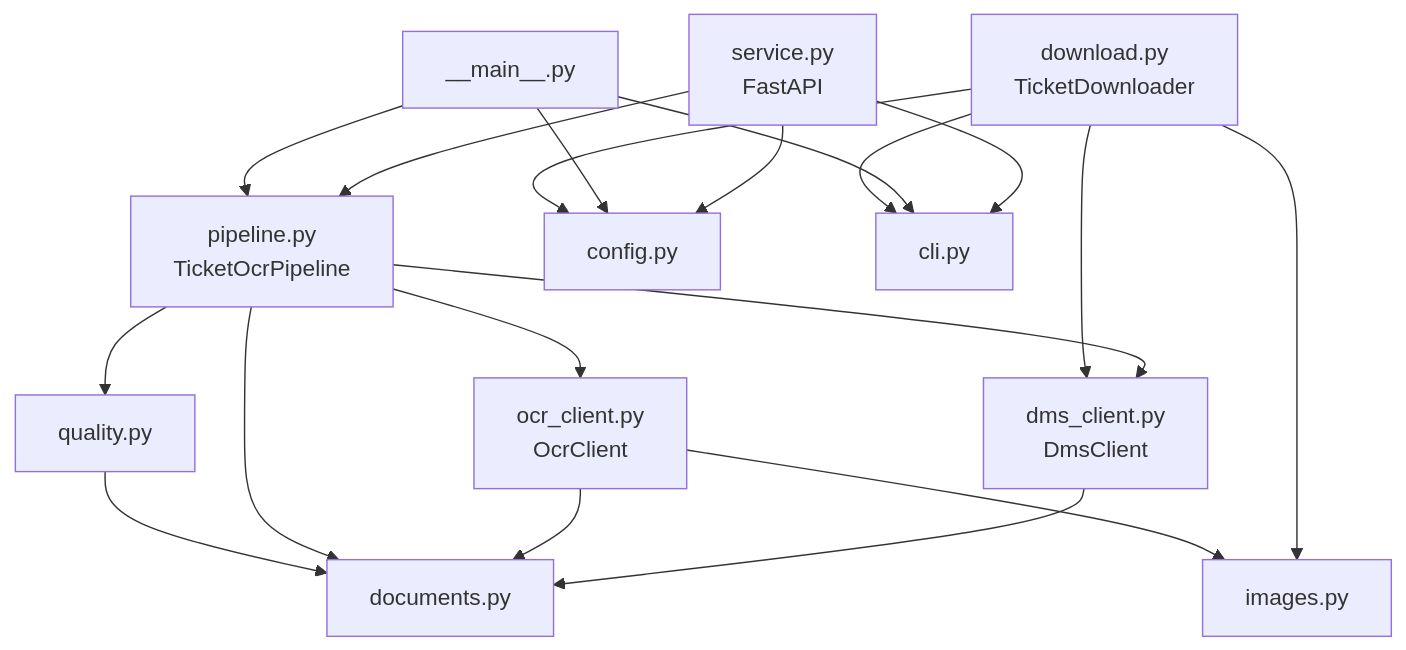
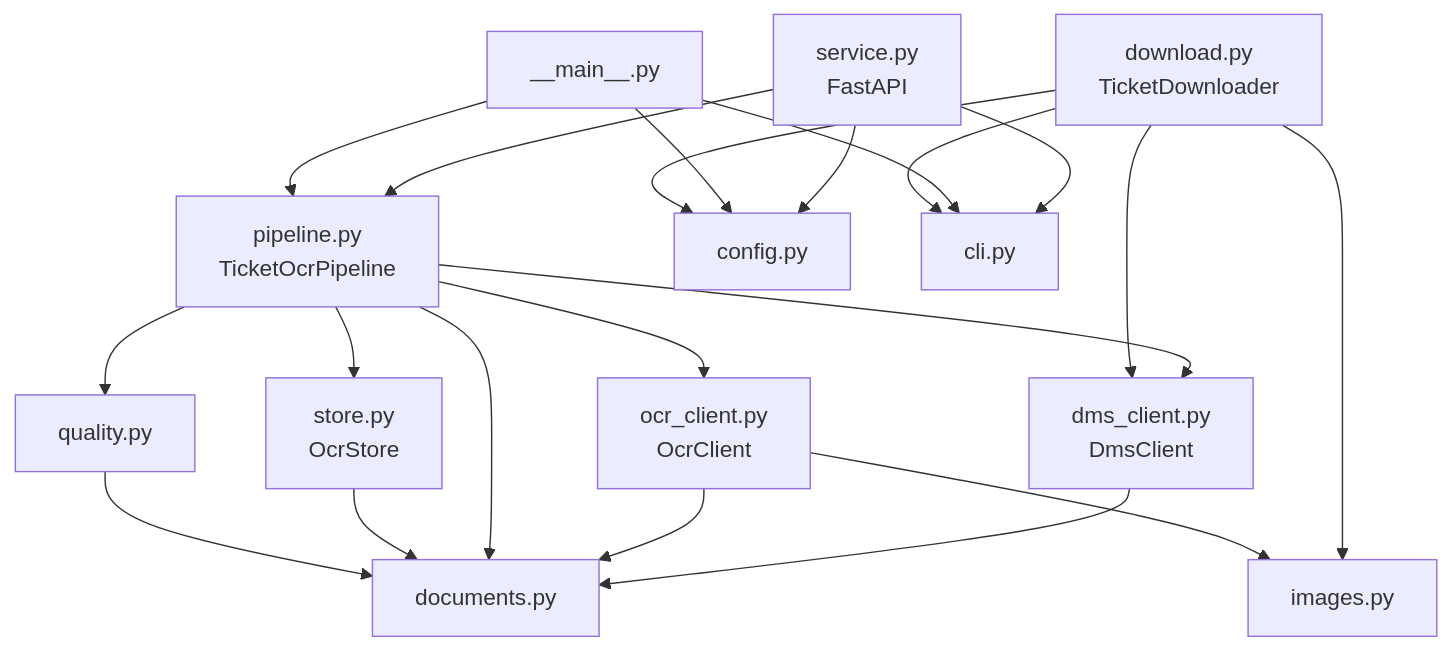
One commit to sivi-shahab/API-Microsite changed the second of 2 diagrams in README.md. Above: the diagram before and after it, drawn with Mermaid. The commit also changed other lines of this file and 8 other files, not shown here.

````diff
--- a/README.md
+++ b/README.md
@@ -495,21 +554,23 @@
 ```mermaid
 flowchart TD
     service["service.py<br/>FastAPI"] --> pipeline["pipeline.py<br/>TicketOcrPipeline"]
     service --> config
     service --> cli
     main["__main__.py"] --> pipeline
     main --> config["config.py"]
     pipeline --> dms["dms_client.py<br/>DmsClient"]
     pipeline --> ocr["ocr_client.py<br/>OcrClient"]
     main --> cli["cli.py"]
     download["download.py<br/>TicketDownloader"] --> dms
     download --> config
     download --> cli
     download --> images["images.py"]
     dms --> docs["documents.py"]
     ocr --> docs
     ocr --> images
     pipeline --> docs
     pipeline --> quality["quality.py"]
+    pipeline --> store["store.py<br/>OcrStore"]
+    store --> docs
     quality --> docs
 ```
````
